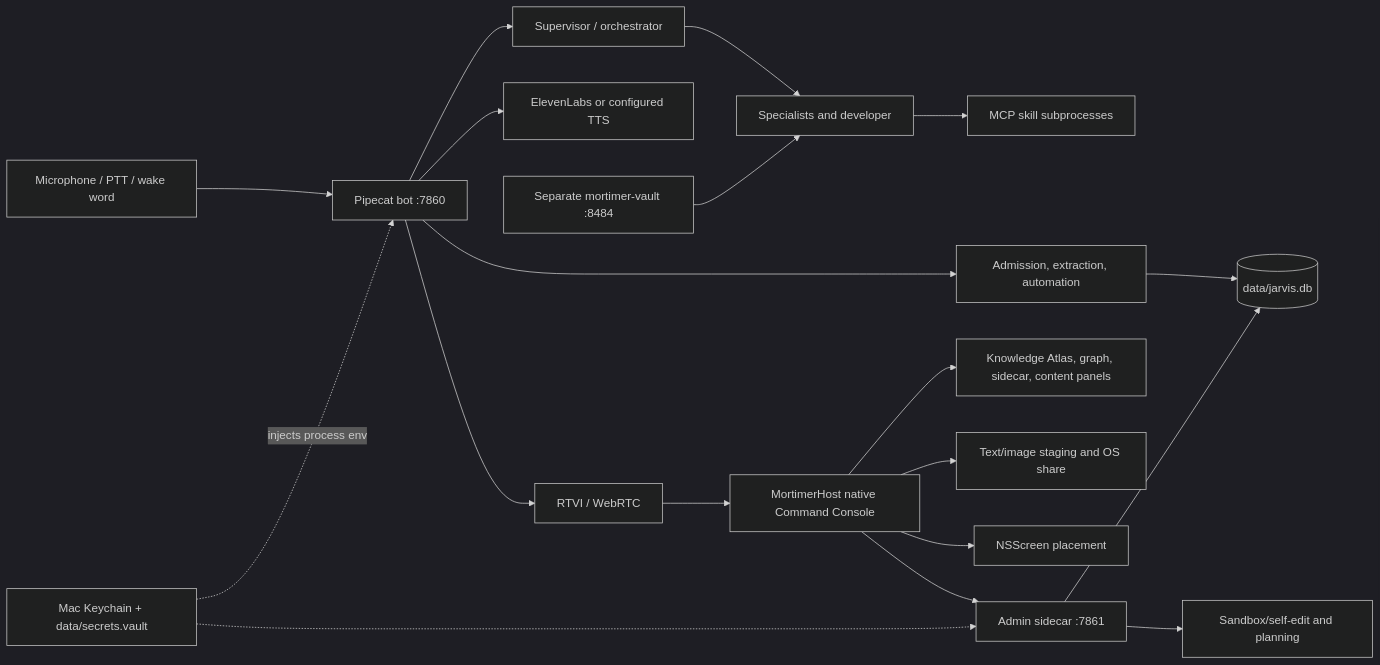
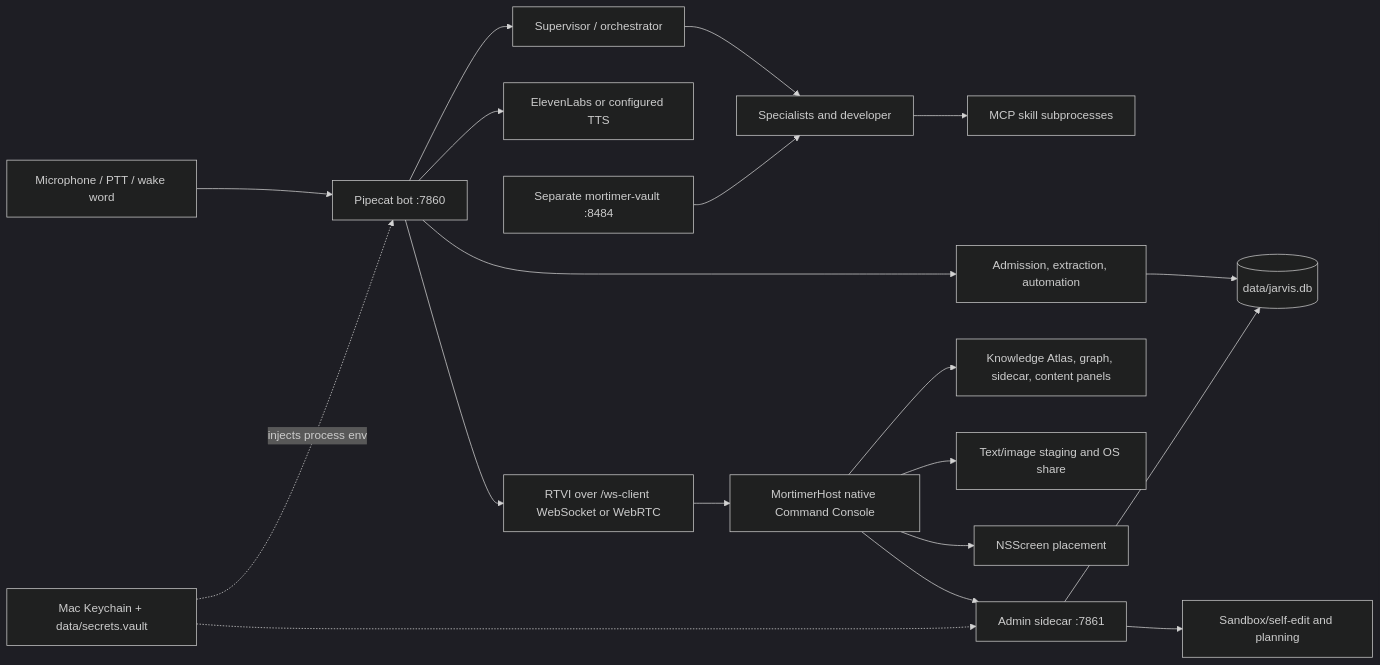
The diagram in docs/ARCHITECTURE.md (Larryfix71566/jarvis-voice-ai), drawn with Mermaid (dark theme) before and after one commit. The commit also changed other lines of this file and 62 other files, not shown here.

````diff
--- a/docs/ARCHITECTURE.md
+++ b/docs/ARCHITECTURE.md
@@ -9,21 +10,21 @@
 ```mermaid
 flowchart LR
   MIC[Microphone / PTT / wake word] --> BOT[Pipecat bot :7860]
   BOT --> SUP[Supervisor / orchestrator]
   SUP --> AGENTS[Specialists and developer]
   AGENTS --> MCP[MCP skill subprocesses]
   BOT --> MEM[Admission, extraction, automation]
   MEM --> DB[(data/jarvis.db)]
   BOT --> TTS[ElevenLabs or configured TTS]
-  BOT --> UI[RTVI / WebRTC]
+  BOT --> UI[RTVI over /ws-client WebSocket or WebRTC]
   UI --> HOST[MortimerHost native Command Console]
   HOST --> ATLAS[Knowledge Atlas, graph, sidecar, content panels]
   HOST --> SHARE[Text/image staging and OS share]
   HOST --> DISPLAY[NSScreen placement]
   HOST --> SIDE[Admin sidecar :7861]
   SIDE --> EDIT[Sandbox/self-edit and planning]
   SIDE --> DB
   VAULT[Mac Keychain + data/secrets.vault] -. injects process env .-> BOT
   VAULT -.-> SIDE
   KB[Separate mortimer-vault :8484] --> AGENTS
 ```
````
